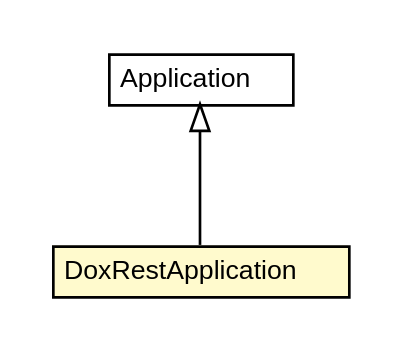
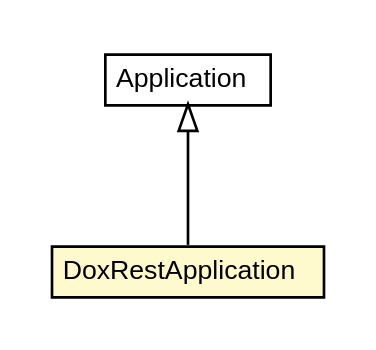
Before and after one commit to trajano/doxdb: the diagram in doxdb-rest/apidocs/net/trajano/doxdb/rest/DoxRestApplication.dot, drawn with Graphviz. The commit also changed 214 other files, not shown here.

```diff
--- a/doxdb-rest/apidocs/net/trajano/doxdb/rest/DoxRestApplication.dot
+++ b/doxdb-rest/apidocs/net/trajano/doxdb/rest/DoxRestApplication.dot
@@ -1,26 +1,26 @@
 #!/usr/local/bin/dot
 #
 # Class diagram 
 # Generated by UMLGraph version R5_6-24-gf6e263 (http://www.umlgraph.org/)
 #
 
 digraph G {
-	edge [fontname="Helvetica",fontsize=10,labelfontname="Helvetica",labelfontsize=10];
-	node [fontname="Helvetica",fontsize=10,shape=plaintext];
+	edge [fontname="arial",fontsize=10,labelfontname="arial",labelfontsize=10];
+	node [fontname="arial",fontsize=10,shape=plaintext];
 	nodesep=0.25;
 	ranksep=0.5;
 	// net.trajano.doxdb.rest.DoxRestApplication
-	c157 [label=<<table title="net.trajano.doxdb.rest.DoxRestApplication" border="0" cellborder="1" cellspacing="0" cellpadding="2" port="p" bgcolor="lemonChiffon" href="./DoxRestApplication.html">
+	c209 [label=<<table title="net.trajano.doxdb.rest.DoxRestApplication" border="0" cellborder="1" cellspacing="0" cellpadding="2" port="p" bgcolor="lemonChiffon" href="./DoxRestApplication.html">
 		<tr><td><table border="0" cellspacing="0" cellpadding="1">
 <tr><td align="center" balign="center"> DoxRestApplication </td></tr>
 		</table></td></tr>
-		</table>>, URL="./DoxRestApplication.html", fontname="Helvetica", fontcolor="black", fontsize=10.0];
+		</table>>, URL="./DoxRestApplication.html", fontname="arial", fontcolor="black", fontsize=10.0];
 	//net.trajano.doxdb.rest.DoxRestApplication extends javax.ws.rs.core.Application
-	c160:p -> c157:p [dir=back,arrowtail=empty];
+	c214:p -> c209:p [dir=back,arrowtail=empty];
 	// javax.ws.rs.core.Application
-	c160 [label=<<table title="javax.ws.rs.core.Application" border="0" cellborder="1" cellspacing="0" cellpadding="2" port="p" href="http://java.sun.com/j2se/1.4.2/docs/api/javax/ws/rs/core/Application.html">
+	c214 [label=<<table title="javax.ws.rs.core.Application" border="0" cellborder="1" cellspacing="0" cellpadding="2" port="p" href="http://java.sun.com/j2se/1.4.2/docs/api/javax/ws/rs/core/Application.html">
 		<tr><td><table border="0" cellspacing="0" cellpadding="1">
 <tr><td align="center" balign="center"> Application </td></tr>
 		</table></td></tr>
-		</table>>, URL="http://java.sun.com/j2se/1.4.2/docs/api/javax/ws/rs/core/Application.html", fontname="Helvetica", fontcolor="black", fontsize=10.0];
+		</table>>, URL="http://java.sun.com/j2se/1.4.2/docs/api/javax/ws/rs/core/Application.html", fontname="arial", fontcolor="black", fontsize=10.0];
 }
```
